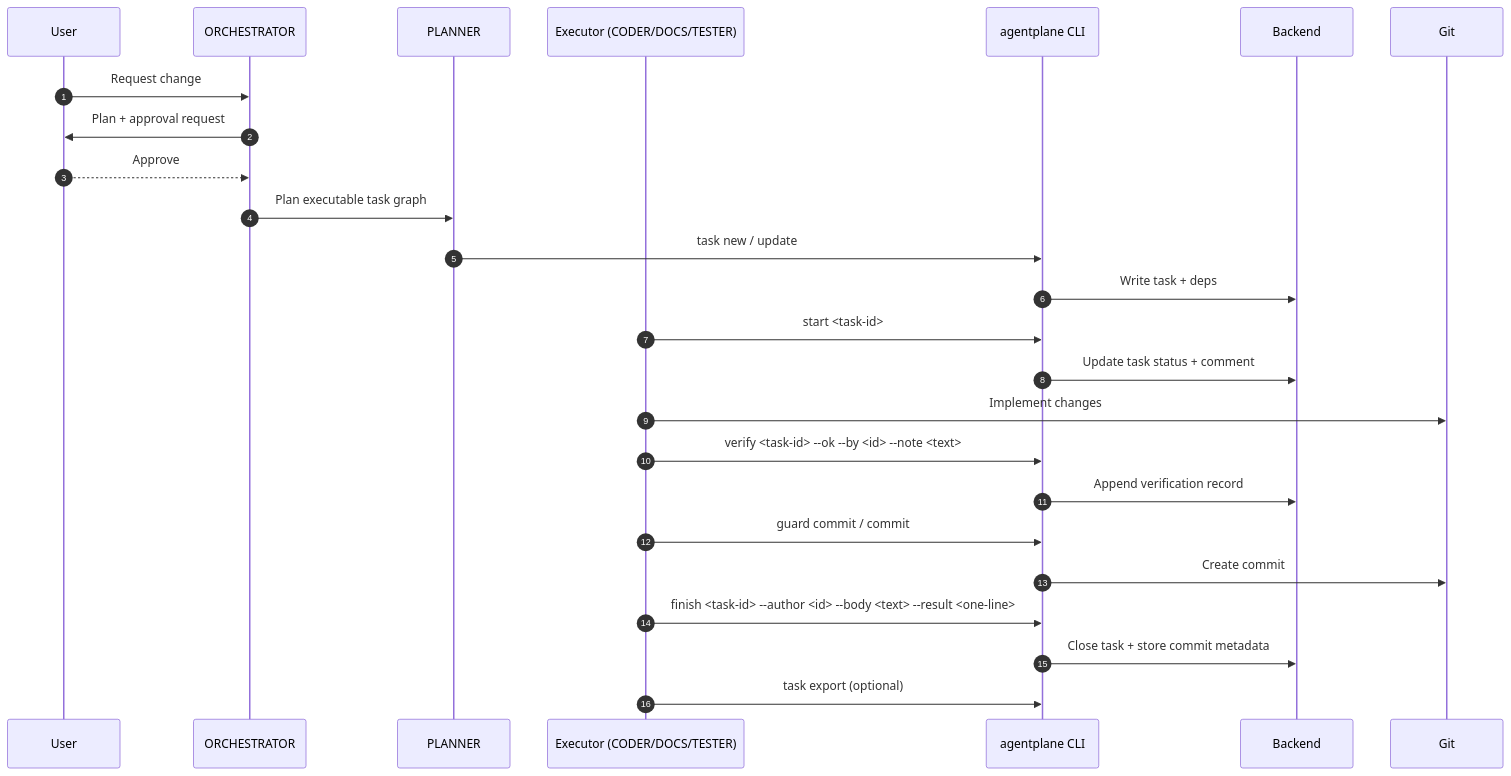
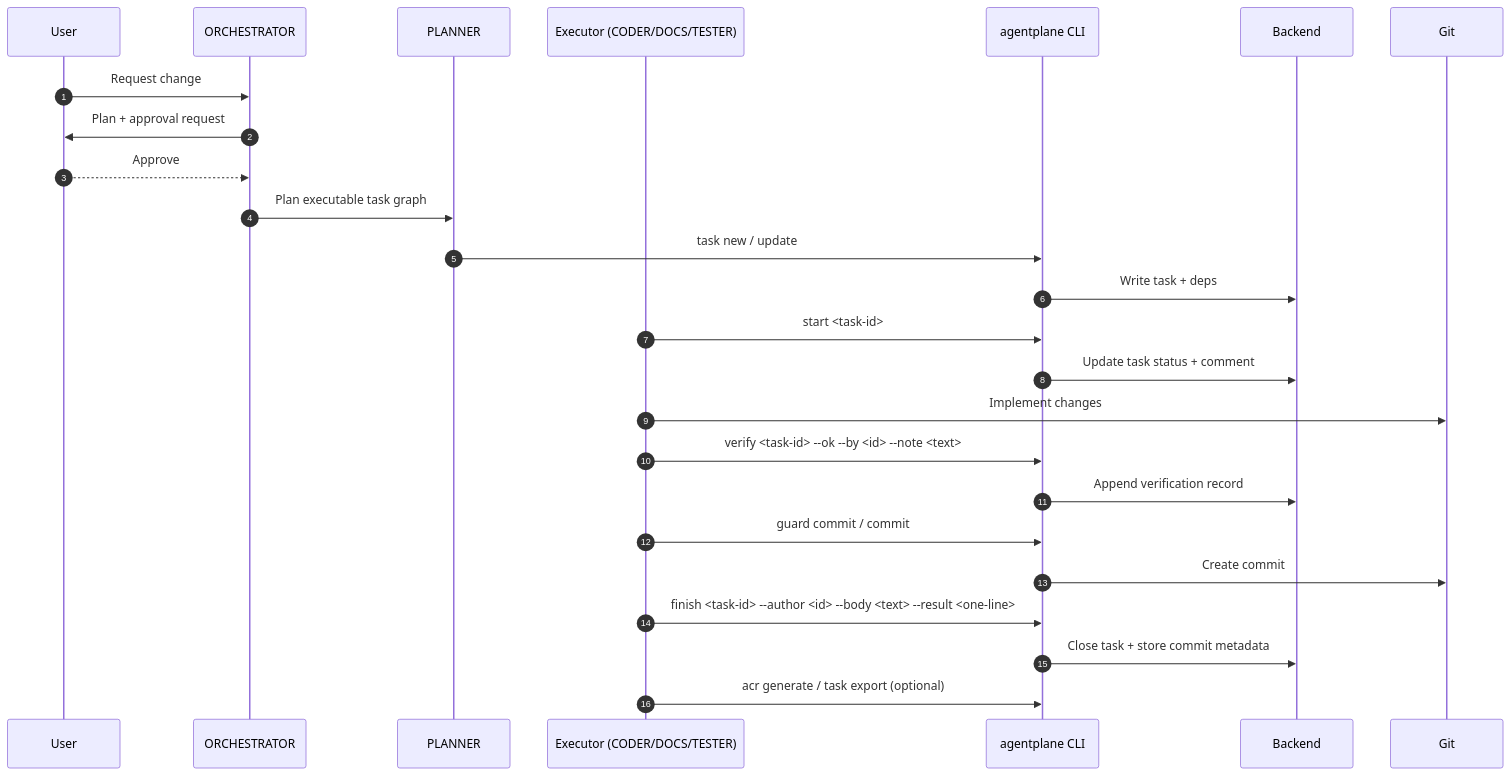
One commit to basilisk-labs/agentplane changed the second of 3 diagrams in docs/user/task-lifecycle.mdx. Above: the diagram before and after it, drawn with Mermaid. The commit also changed other lines of this file and 7 other files, not shown here.

````diff
--- a/docs/user/task-lifecycle.mdx
+++ b/docs/user/task-lifecycle.mdx
@@ -111,28 +113,28 @@
 ```mermaid
 sequenceDiagram
   autonumber
   participant U as User
   participant O as ORCHESTRATOR
   participant P as PLANNER
   participant E as Executor (CODER/DOCS/TESTER)
   participant CLI as agentplane CLI
   participant B as Backend
   participant G as Git
 
   U->>O: Request change
   O->>U: Plan + approval request
   U-->>O: Approve
   O->>P: Plan executable task graph
   P->>CLI: task new / update
   CLI->>B: Write task + deps
   E->>CLI: start <task-id>
   CLI->>B: Update task status + comment
   E->>G: Implement changes
   E->>CLI: verify <task-id> --ok --by <id> --note <text>
   CLI->>B: Append verification record
   E->>CLI: guard commit / commit
   CLI->>G: Create commit
   E->>CLI: finish <task-id> --author <id> --body <text> --result <one-line>
   CLI->>B: Close task + store commit metadata
-  E->>CLI: task export (optional)
+  E->>CLI: acr generate / task export (optional)
 ```
````
